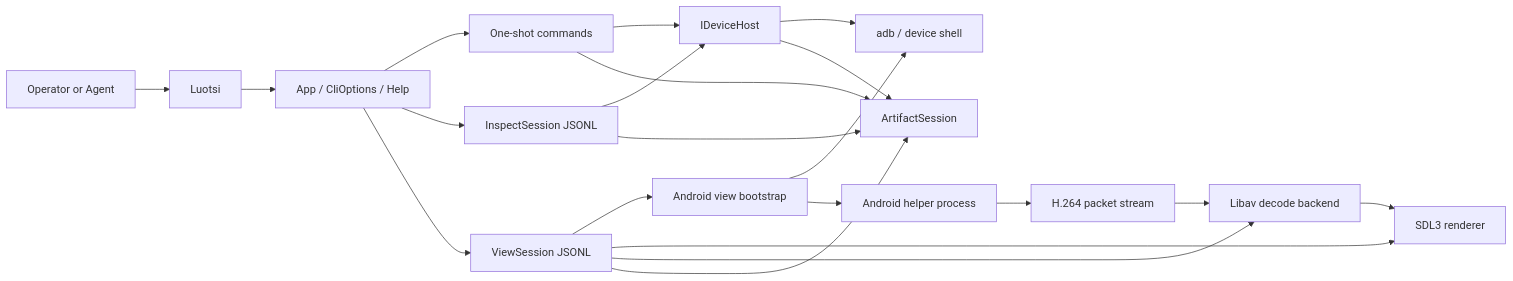
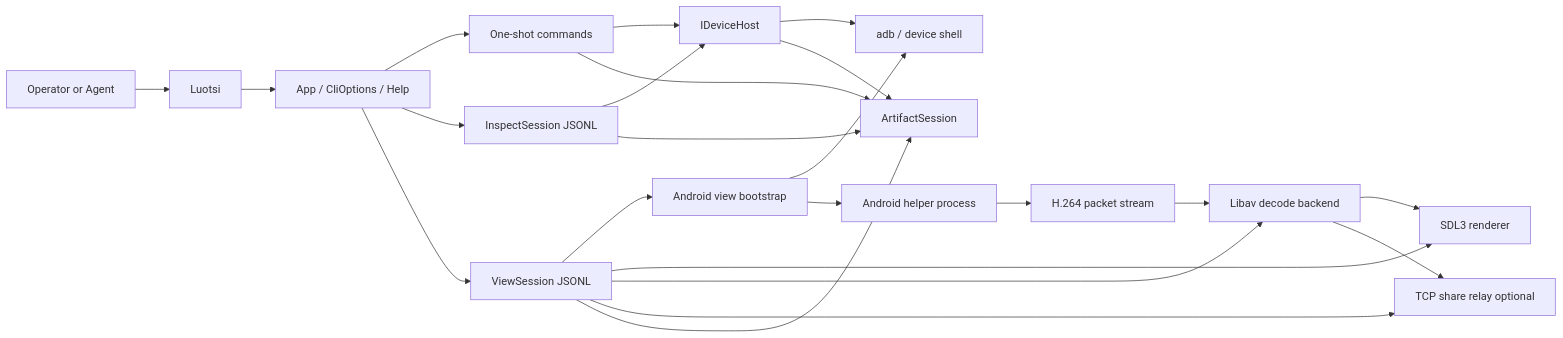
The first of 2 diagrams in docs/architecture.md (digablesolutions/luotsi), drawn with Mermaid before and after one commit. The commit also changed other lines of this file and 132 other files, not shown here.

````diff
--- a/docs/architecture.md
+++ b/docs/architecture.md
@@ -15,25 +15,27 @@
 ```mermaid
 flowchart LR
   User[Operator or Agent] --> CLI[Luotsi]
     CLI --> App[App / CliOptions / Help]
     App --> Commands[One-shot commands]
     App --> Inspect[InspectSession JSONL]
     App --> View[ViewSession JSONL]
 
     Commands --> Host[IDeviceHost]
     Inspect --> Host
     View --> Bootstrap[Android view bootstrap]
     View --> Renderer[SDL3 renderer]
     View --> Backend[Libav decode backend]
+    View --> Share[TCP share relay optional]
 
     Host --> Adb[adb / device shell]
     Bootstrap --> Adb
     Bootstrap --> Helper[Android helper process]
     Helper --> Stream[H.264 packet stream]
     Stream --> Backend
     Backend --> Renderer
+    Backend --> Share
     Host --> Artifacts[ArtifactSession]
     View --> Artifacts
     Commands --> Artifacts
     Inspect --> Artifacts
 ```
````
